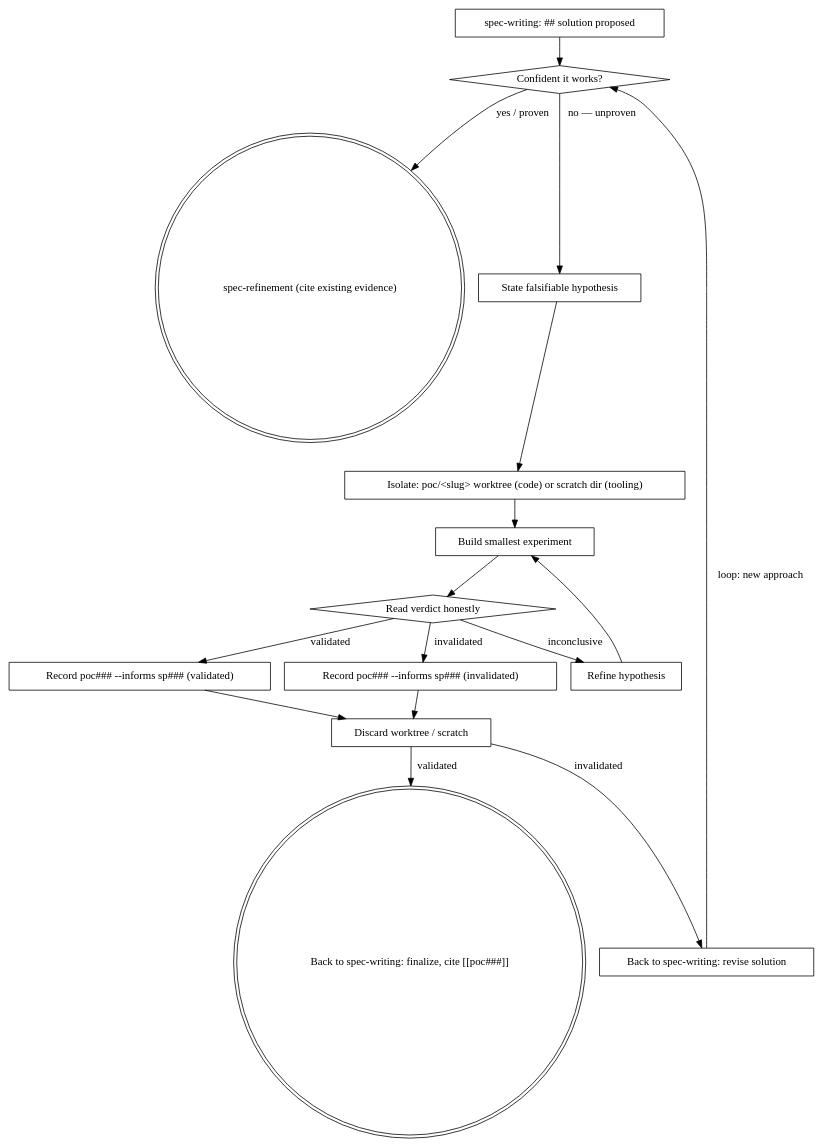
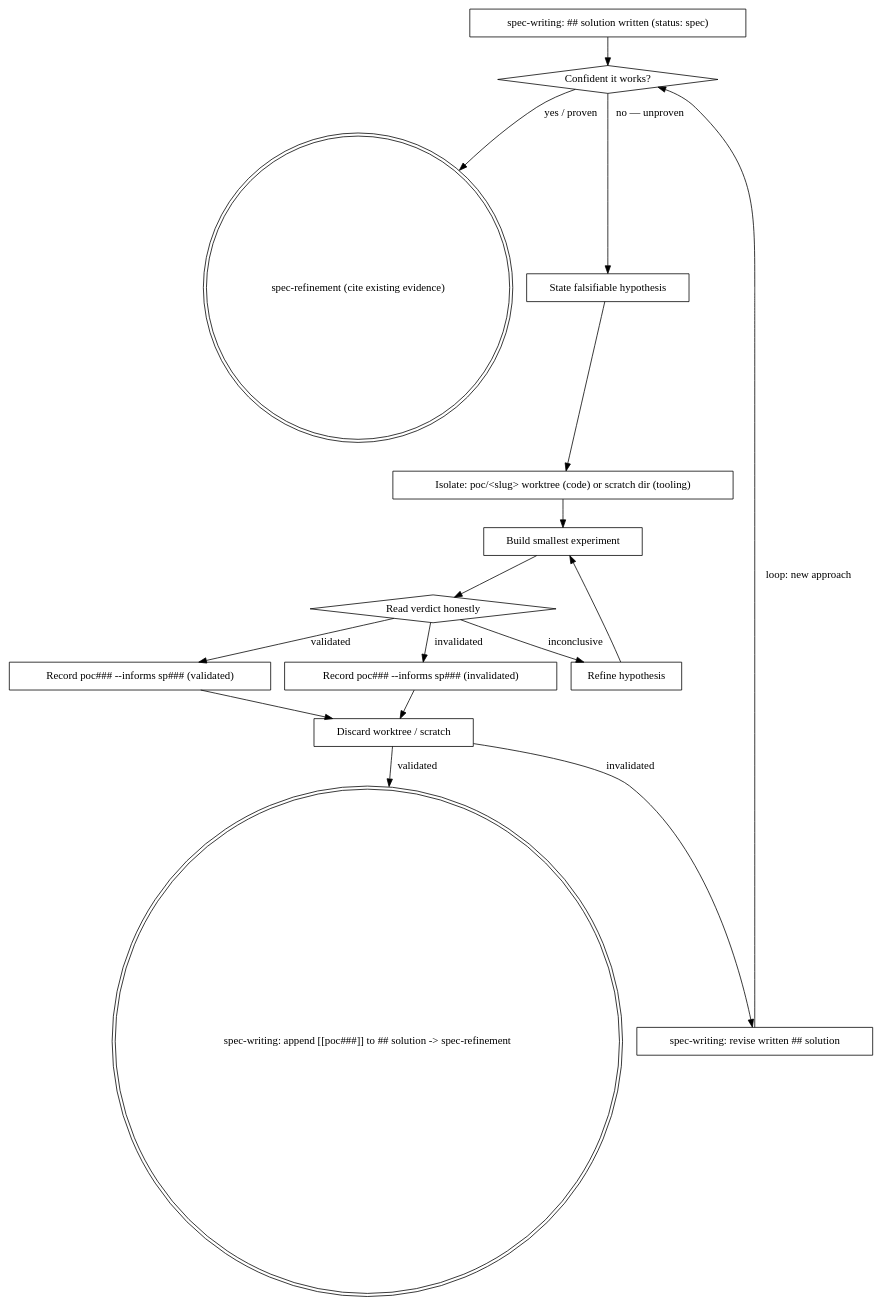
The diagram in claude/marketplace/plugins/infinifu/skills/idea-poc/SKILL.md (b3tchi/dotfiles), drawn with Graphviz before and after one commit. The commit also changed other lines of this file and 2 other files, not shown here.

````diff
--- a/claude/marketplace/plugins/infinifu/skills/idea-poc/SKILL.md
+++ b/claude/marketplace/plugins/infinifu/skills/idea-poc/SKILL.md
@@ -240,33 +245,33 @@
 ```dot
 digraph idea_poc {
-    "spec-writing: ## solution proposed" [shape=box];
+    "spec-writing: ## solution written (status: spec)" [shape=box];
     "Confident it works?" [shape=diamond];
     "spec-refinement (cite existing evidence)" [shape=doublecircle];
     "State falsifiable hypothesis" [shape=box];
     "Isolate: poc/<slug> worktree (code) or scratch dir (tooling)" [shape=box];
     "Build smallest experiment" [shape=box];
     "Read verdict honestly" [shape=diamond];
     "Record poc### --informs sp### (validated)" [shape=box];
     "Record poc### --informs sp### (invalidated)" [shape=box];
     "Refine hypothesis" [shape=box];
     "Discard worktree / scratch" [shape=box];
-    "Back to spec-writing: finalize, cite [[poc###]]" [shape=doublecircle];
-    "Back to spec-writing: revise solution" [shape=box];
+    "spec-writing: append [[poc###]] to ## solution -> spec-refinement" [shape=doublecircle];
+    "spec-writing: revise written ## solution" [shape=box];
 
-    "spec-writing: ## solution proposed" -> "Confident it works?";
+    "spec-writing: ## solution written (status: spec)" -> "Confident it works?";
     "Confident it works?" -> "spec-refinement (cite existing evidence)" [label="yes / proven"];
     "Confident it works?" -> "State falsifiable hypothesis" [label="no — unproven"];
     "State falsifiable hypothesis" -> "Isolate: poc/<slug> worktree (code) or scratch dir (tooling)";
     "Isolate: poc/<slug> worktree (code) or scratch dir (tooling)" -> "Build smallest experiment";
     "Build smallest experiment" -> "Read verdict honestly";
     "Read verdict honestly" -> "Record poc### --informs sp### (validated)" [label="validated"];
     "Read verdict honestly" -> "Record poc### --informs sp### (invalidated)" [label="invalidated"];
     "Read verdict honestly" -> "Refine hypothesis" [label="inconclusive"];
     "Refine hypothesis" -> "Build smallest experiment";
     "Record poc### --informs sp### (validated)" -> "Discard worktree / scratch";
     "Record poc### --informs sp### (invalidated)" -> "Discard worktree / scratch";
-    "Discard worktree / scratch" -> "Back to spec-writing: finalize, cite [[poc###]]" [label="validated"];
-    "Discard worktree / scratch" -> "Back to spec-writing: revise solution" [label="invalidated"];
-    "Back to spec-writing: revise solution" -> "Confident it works?" [label="loop: new approach"];
+    "Discard worktree / scratch" -> "spec-writing: append [[poc###]] to ## solution -> spec-refinement" [label="validated"];
+    "Discard worktree / scratch" -> "spec-writing: revise written ## solution" [label="invalidated"];
+    "spec-writing: revise written ## solution" -> "Confident it works?" [label="loop: new approach"];
 }
 ```
````
